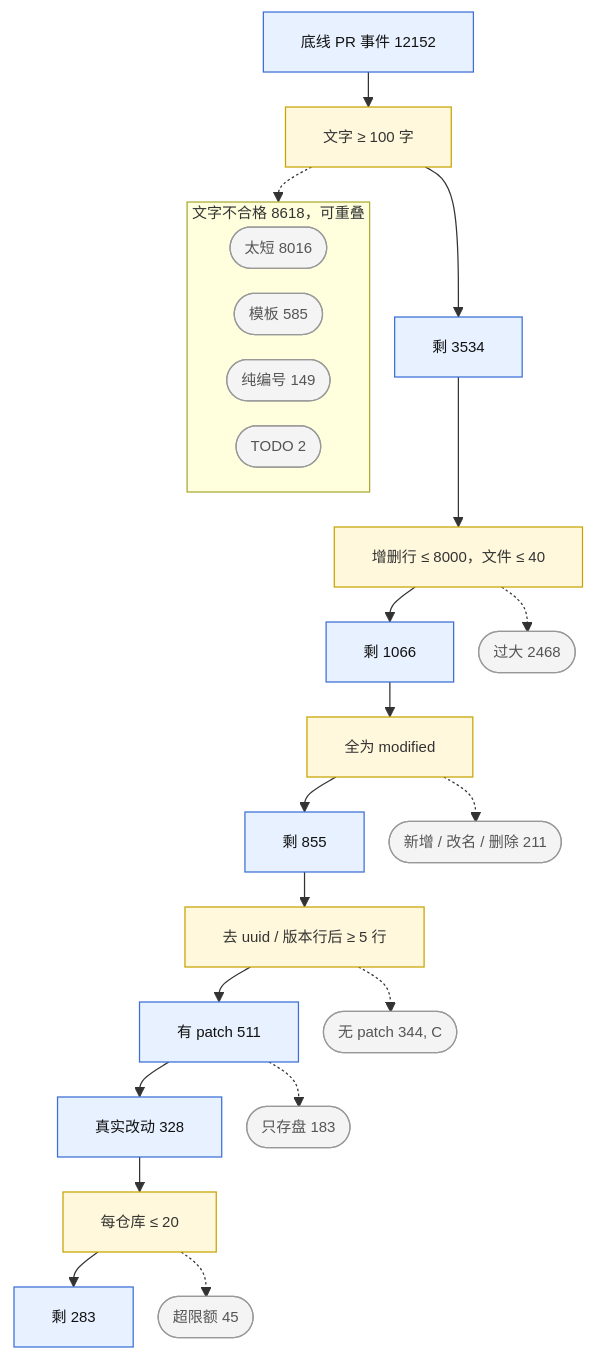
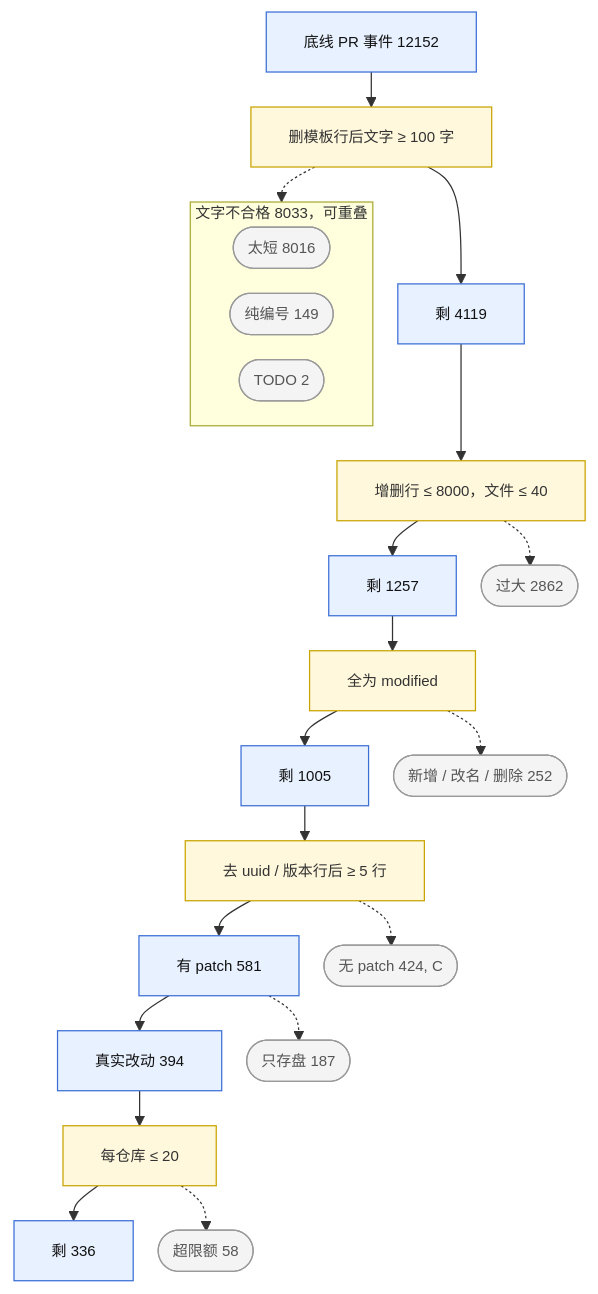
One commit to Xiafyjck/github_kicad_project_scout changed the fourth of 5 diagrams in reports/progress_report.md. Above: the diagram before and after it, drawn with Mermaid. The commit also changed other lines of this file and 6 other files, not shown here.

````diff
--- a/reports/progress_report.md
+++ b/reports/progress_report.md
@@ -214,36 +214,35 @@
 ```mermaid
 %%{init: {'themeVariables': {'fontSize': '12px'}, 'flowchart': {'nodeSpacing': 20, 'rankSpacing': 28}}}%%
 flowchart TB
     classDef exit fill:#f4f4f4,stroke:#999,color:#555
     classDef keep fill:#e8f1ff,stroke:#3b6fd6,color:#111
     classDef src fill:#f3e8ff,stroke:#7c4dbd,color:#111
     classDef rule fill:#fff8dc,stroke:#c9a400,color:#333
     classDef final fill:#e6f7e6,stroke:#2e8b57,color:#111
 
     P3[底线 PR 事件 12152]:::keep
-    P3 --> Rb[文字 ≥ 100 字]:::rule
-    Rb --> P4[剩 3534]:::keep
+    P3 --> Rb[删模板行后文字 ≥ 100 字]:::rule
+    Rb --> P4[剩 4119]:::keep
     P4 --> Rc[增删行 ≤ 8000，文件 ≤ 40]:::rule
-    Rc --> P5[剩 1066]:::keep
+    Rc --> P5[剩 1257]:::keep
     P5 --> Rd[全为 modified]:::rule
-    Rd --> P6[剩 855]:::keep
+    Rd --> P6[剩 1005]:::keep
     P6 --> Re[去 uuid / 版本行后 ≥ 5 行]:::rule
-    Re --> P7[有 patch 511]:::keep
-    P7 --> P8[真实改动 328]:::keep
+    Re --> P7[有 patch 581]:::keep
+    P7 --> P8[真实改动 394]:::keep
     P8 --> Rf[每仓库 ≤ 20]:::rule
-    Rf --> P9[剩 283]:::keep
+    Rf --> P9[剩 336]:::keep
 
-    subgraph TX[文字不合格 8618，可重叠]
+    subgraph TX[文字不合格 8033，可重叠]
         direction LR
         PX4a([太短 8016]):::exit
-        PX4b([模板 585]):::exit
         PX4c([纯编号 149]):::exit
         PX4d([TODO 2]):::exit
     end
     Rb -.-> TX
-    Rc -.-> PX5([过大 2468]):::exit
-    Rd -.-> PX6([新增 / 改名 / 删除 211]):::exit
-    Re -.-> PX7([无 patch 344, C]):::exit
-    P7 -.-> PX8([只存盘 183]):::exit
-    Rf -.-> PX9([超限额 45]):::exit
+    Rc -.-> PX5([过大 2862]):::exit
+    Rd -.-> PX6([新增 / 改名 / 删除 252]):::exit
+    Re -.-> PX7([无 patch 424, C]):::exit
+    P7 -.-> PX8([只存盘 187]):::exit
+    Rf -.-> PX9([超限额 58]):::exit
 ```
````
